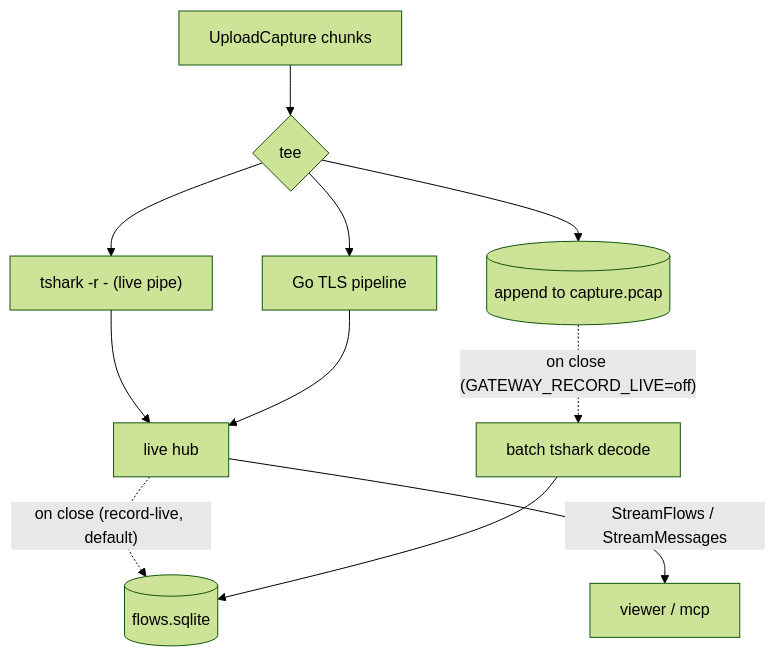
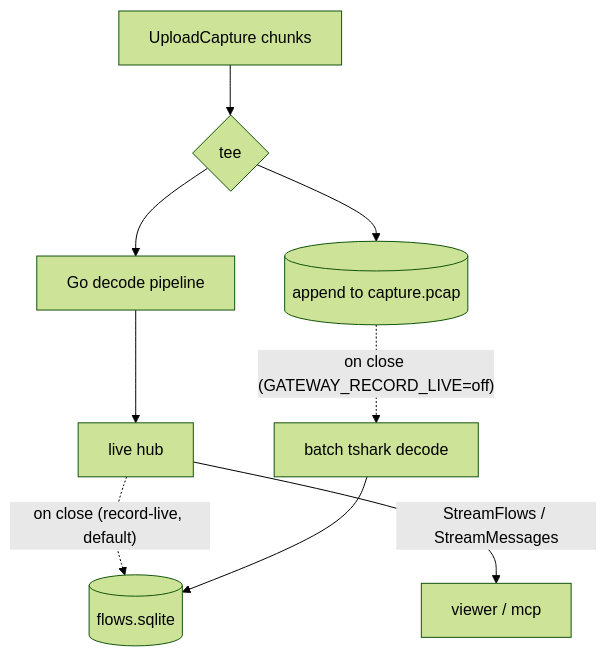
One commit to nklyshko/traffic-deck changed the third of 4 diagrams in docs/architecture.md. Above: the diagram before and after it, drawn with Mermaid (forest theme). The commit also changed other lines of this file and 10 other files, not shown here.

First line of the commit message:
gateway: tshark-free live decode (handle plaintext HTTP in Go)

````diff
--- a/docs/architecture.md
+++ b/docs/architecture.md
@@ -104,13 +104,11 @@
 ```mermaid
 flowchart TD
   up["UploadCapture chunks"] --> tee{tee}
   tee --> archive[(append to capture.pcap)]
-  tee --> pipe1["tshark -r - (live pipe)"]
-  tee --> pipe2["Go TLS pipeline"]
-  pipe1 --> hub[live hub]
-  pipe2 --> hub
+  tee --> pipe["Go decode pipeline"]
+  pipe --> hub[live hub]
   hub -- "StreamFlows / StreamMessages" --> client[viewer / mcp]
   hub -. "on close (record-live, default)" .-> sqlite[(flows.sqlite)]
   archive -. "on close (GATEWAY_RECORD_LIVE=off)" .-> batch["batch tshark decode"]
   batch --> sqlite
 ```
````
